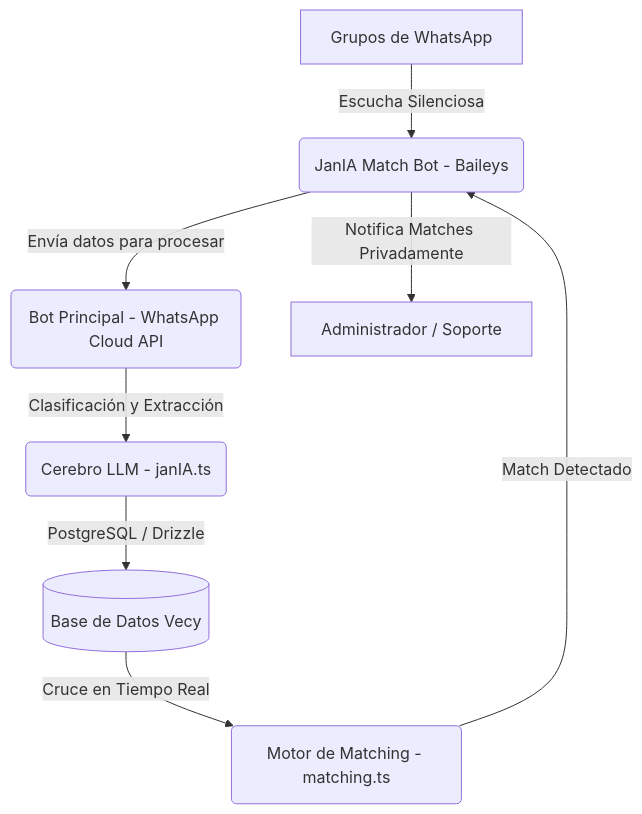
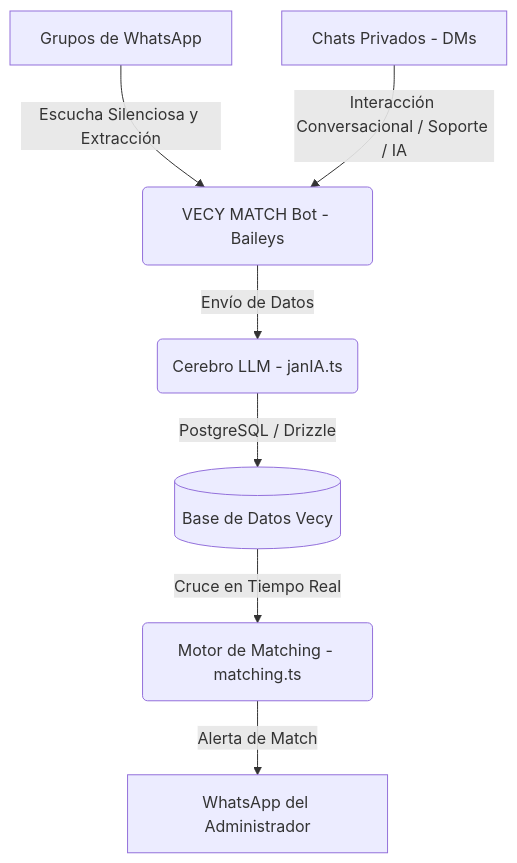
Before and after one commit to Vecy-Bienes-Raices/vecy-network: the diagram in JANIA_ARCHITECTURE.md, drawn with Mermaid. The commit also changed other lines of this file and 3 other files, not shown here.

````diff
--- a/JANIA_ARCHITECTURE.md
+++ b/JANIA_ARCHITECTURE.md
@@ -14,10 +16,9 @@
 ```mermaid
 graph TD
-    A[Grupos de WhatsApp] -->|Escucha Silenciosa| B(JanIA Match Bot - Baileys)
-    B -->|Envía datos para procesar| C(Bot Principal - WhatsApp Cloud API)
-    B -->|Notifica Matches Privadamente| G[Administrador / Soporte]
-    C -->|Clasificación y Extracción| D(Cerebro LLM - janIA.ts)
-    D -->|PostgreSQL / Drizzle| E[(Base de Datos Vecy)]
-    E -->|Cruce en Tiempo Real| F(Motor de Matching - matching.ts)
-    F -->|Match Detectado| B
+    A[Grupos de WhatsApp] -->|Escucha Silenciosa y Extracción| B(VECY MATCH Bot - Baileys)
+    H[Chats Privados - DMs] -->|Interacción Conversacional / Soporte / IA| B
+    B -->|Envío de Datos| C(Cerebro LLM - janIA.ts)
+    C -->|PostgreSQL / Drizzle| D[(Base de Datos Vecy)]
+    D -->|Cruce en Tiempo Real| E(Motor de Matching - matching.ts)
+    E -->|Alerta de Match| F[WhatsApp del Administrador]
 ```
````
